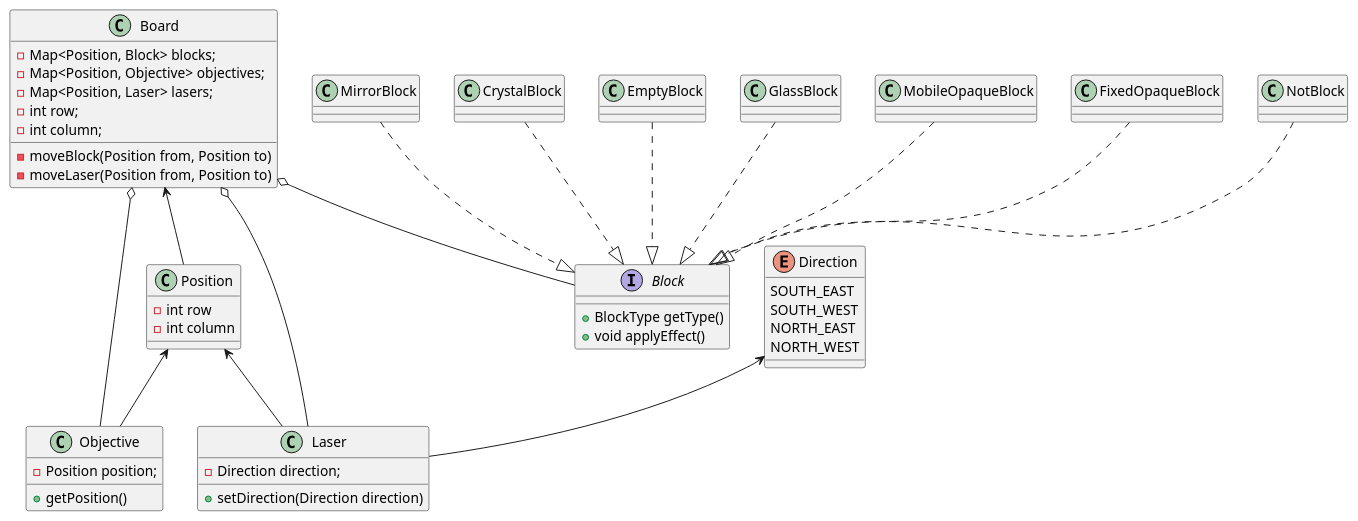
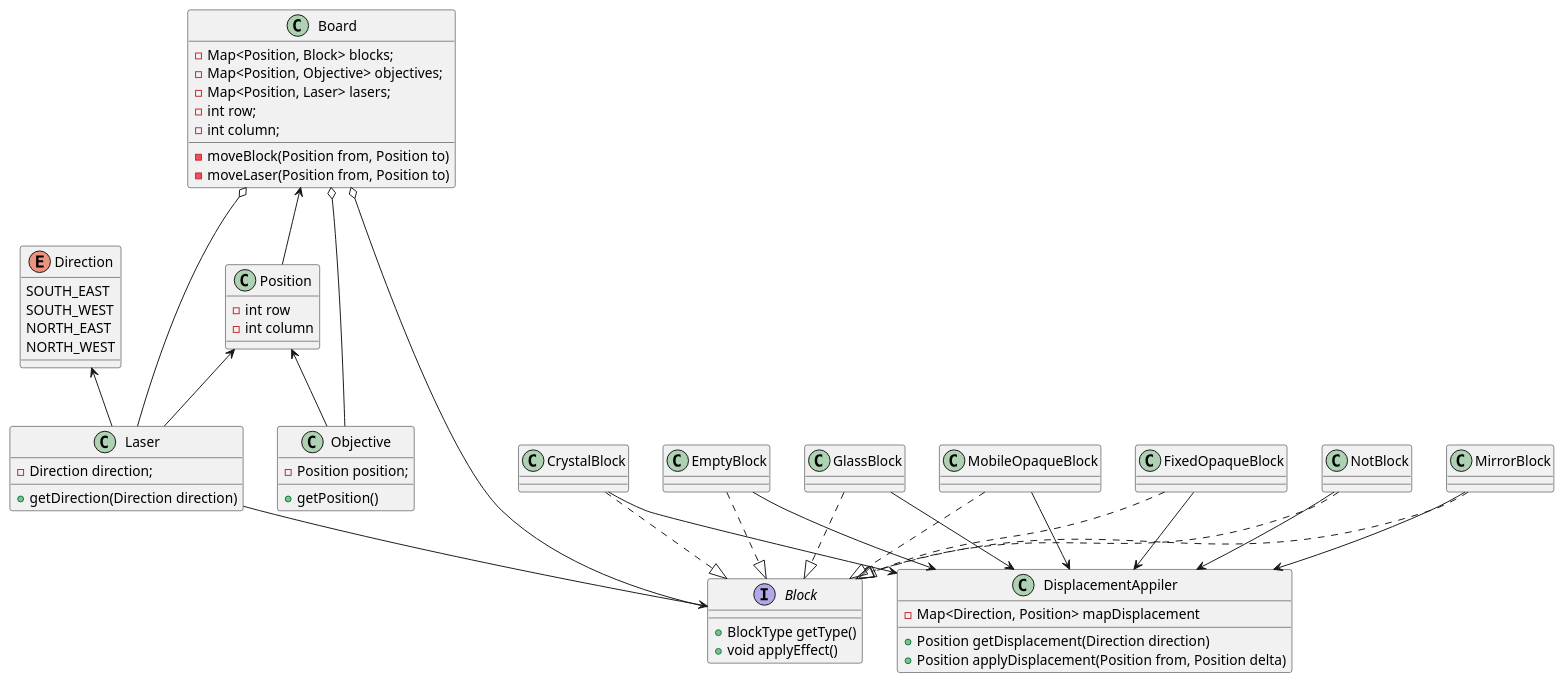
Before and after one commit to joseslavkis/Paradigmas-de-programacion: the diagram in lasers/Diagram/ClassDiagram.puml, drawn with PlantUML. The commit also changed 11 other files, not shown here.

Commit message:
Agregamos la clase displacementApplier y establecimos efectos en los bloques (Falta CrystalGlass)

```diff
--- a/lasers/Diagram/ClassDiagram.puml
+++ b/lasers/Diagram/ClassDiagram.puml
@@ -1,58 +1,76 @@
 @startuml
 
 class Position {
     - int row
     - int column
 }
 
 enum Direction {
     SOUTH_EAST
     SOUTH_WEST
     NORTH_EAST
     NORTH_WEST
 }
 
 class Board {
 - Map<Position, Block> blocks;
 - Map<Position, Objective> objectives;
 - Map<Position, Laser> lasers;
 - int row;
 - int column;
 -moveBlock(Position from, Position to)
 -moveLaser(Position from, Position to)
 }
 
 class Objective {
     - Position position;
     + getPosition()
 }
 
 class Laser {
     - Direction direction;
-    + setDirection(Direction direction)
+    + getDirection(Direction direction)
+}
+
+class DisplacementAppiler {
+    - Map<Direction, Position> mapDisplacement
+    + Position getDisplacement(Direction direction)
+    + Position applyDisplacement(Position from, Position delta)
 }
 
 interface Block {
     + BlockType getType()
     + void applyEffect()
 }
+
+
 
 Board o-- Objective
 Board o-- Laser
 Board o-- Block
 Board <-- Position
 
 MirrorBlock ..|> Block
 CrystalBlock ..|> Block
 EmptyBlock ..|> Block
 GlassBlock ..|> Block
 MobileOpaqueBlock ..|> Block
 FixedOpaqueBlock ..|> Block
 NotBlock ..|> Block
 
 Position <-- Laser
 Position <-- Objective
 
 Direction <-- Laser
 
+Laser --> Block
+
+MirrorBlock --> DisplacementAppiler
+CrystalBlock --> DisplacementAppiler
+EmptyBlock --> DisplacementAppiler
+GlassBlock --> DisplacementAppiler
+MobileOpaqueBlock --> DisplacementAppiler
+FixedOpaqueBlock --> DisplacementAppiler
+NotBlock --> DisplacementAppiler
+
 @enduml
```
